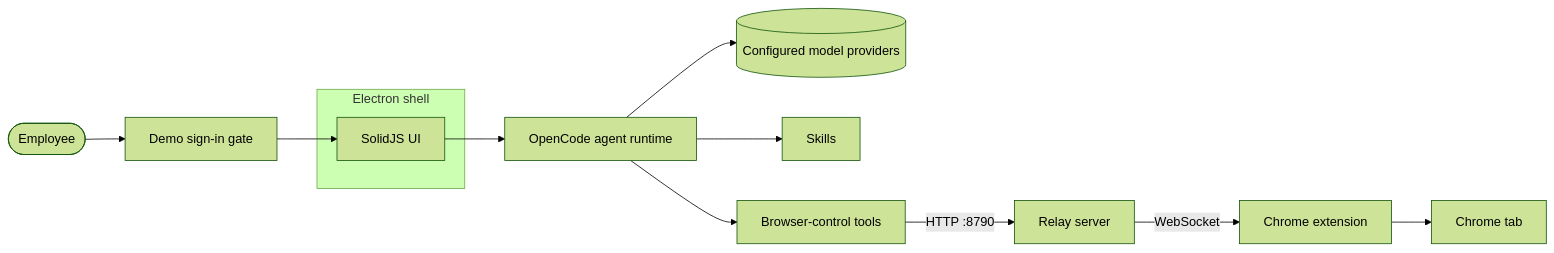
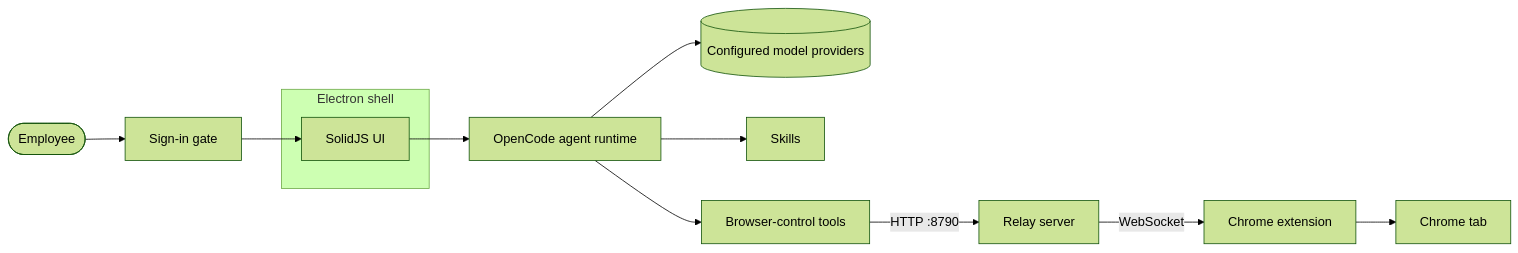
One commit to MinThu63/CustomizedOpenCode changed the diagram in README.md. Above: the diagram before and after it, drawn with Mermaid (forest theme). The commit also changed other lines of this file and 10 other files, not shown here.

````diff
--- a/README.md
+++ b/README.md
@@ -65,15 +92,15 @@
 ```mermaid
 flowchart LR
-    U([Employee]) --> L[Demo sign-in gate]
+    U([Employee]) --> L[Sign-in gate]
     L --> UI[SolidJS UI]
     subgraph Desktop[Electron shell]
         UI
     end
     UI --> RT[OpenCode agent runtime]
     RT --> P[(Configured model providers)]
     RT --> SK[Skills]
     RT --> BC[Browser-control tools]
     BC -->|HTTP :8790| RL[Relay server]
     RL -->|WebSocket| EX[Chrome extension]
     EX --> CH[Chrome tab]
 ```
````
